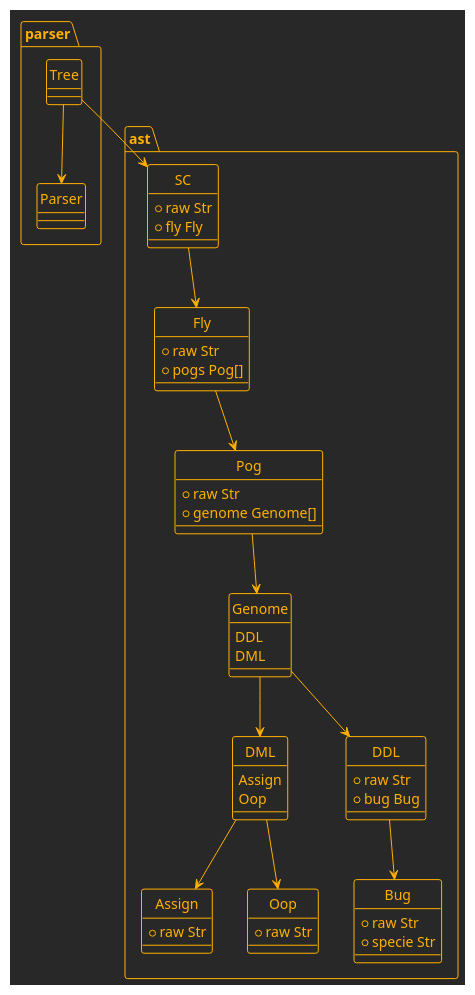
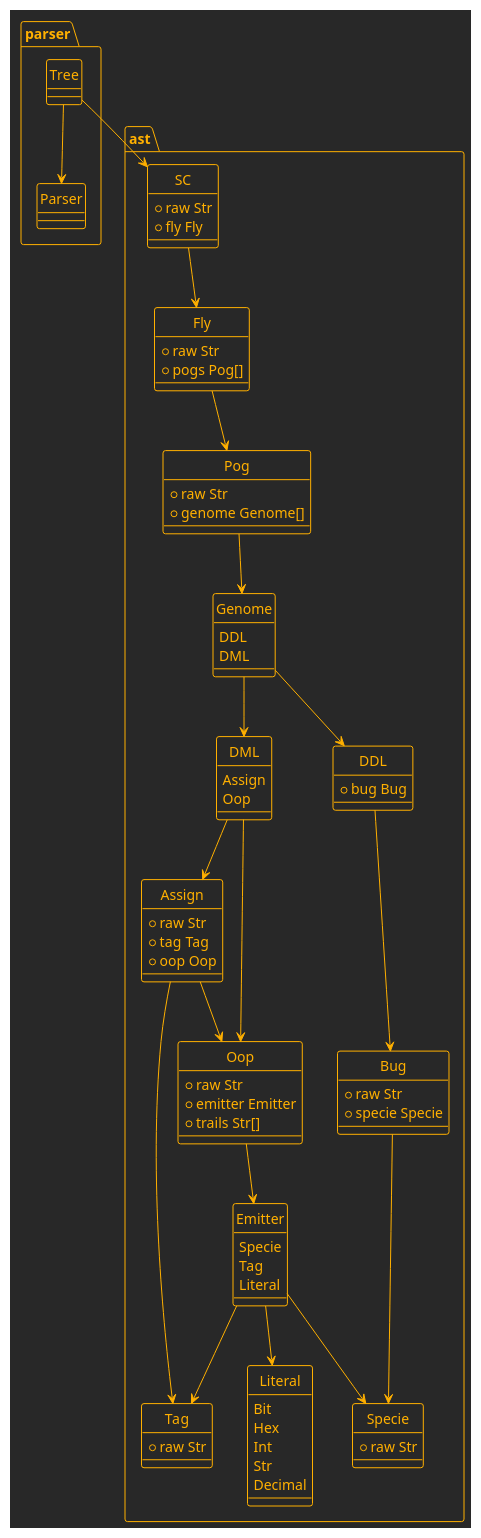
The diagram in doc/ast.puml (sc-land/dsl), drawn with PlantUML before and after one commit. The commit also changed 1 other file, not shown here.

```diff
--- a/doc/ast.puml
+++ b/doc/ast.puml
@@ -1,74 +1,107 @@
 @startuml
-
 !theme crt-amber
-
 hide circle
 
 package ast {
     class SC {
         +raw Str
         +fly Fly
     }
 
     class Fly {
         +raw Str
         +pogs Pog[]
     }
 
     class Pog {
         +raw Str
         +genome Genome[]
     }
 
     enum Genome {
         DDL
         DML
     }
 
     enum DML {
         Assign
         Oop
     }
 
     class Assign {
         +raw Str
+        +tag Tag
+        +oop Oop
     }
 
     class Oop {
         +raw Str
+        +emitter Emitter
+        +trails Str[]
     }
 
     class DDL {
-        +raw Str
         +bug Bug
     }
 
     class Bug {
         +raw Str
-        +specie Str
+        +specie Specie
+    }
+
+    enum Emitter {
+        Specie
+        Tag
+        Literal
+    }
+
+    enum Literal {
+        Bit
+        Hex
+        Int
+        Str
+        Decimal
+    }
+
+    class Specie {
+        +raw Str
+    }
+
+    class Tag {
+        +raw Str
     }
 }
 
 package parser {
     class Parser
     class Tree
 }
 
 parser.Tree --> ast.SC
 parser.Tree --> parser.Parser
 
 ast.SC --> ast.Fly
 
 ast.Fly --> ast.Pog
 
 ast.Pog --> ast.Genome
 
 ast.Genome --> ast.DDL
 ast.Genome --> ast.DML
 
 ast.DML --> ast.Assign
 ast.DML --> ast.Oop
 
 ast.DDL --> ast.Bug
 
+ast.Assign --> ast.Oop
+ast.Assign --> ast.Tag
+ast.Oop --> ast.Emitter
+
+ast.Emitter --> ast.Literal
+ast.Emitter --> ast.Tag
+ast.Emitter --> ast.Specie
+
+ast.Bug --> ast.Specie
+
 @enduml
```
